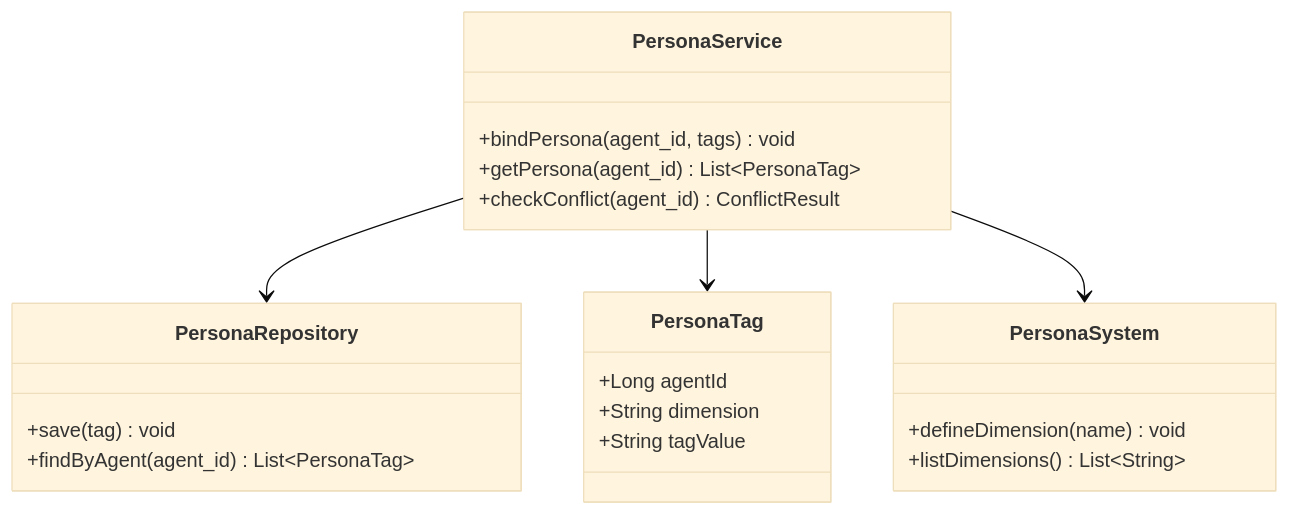
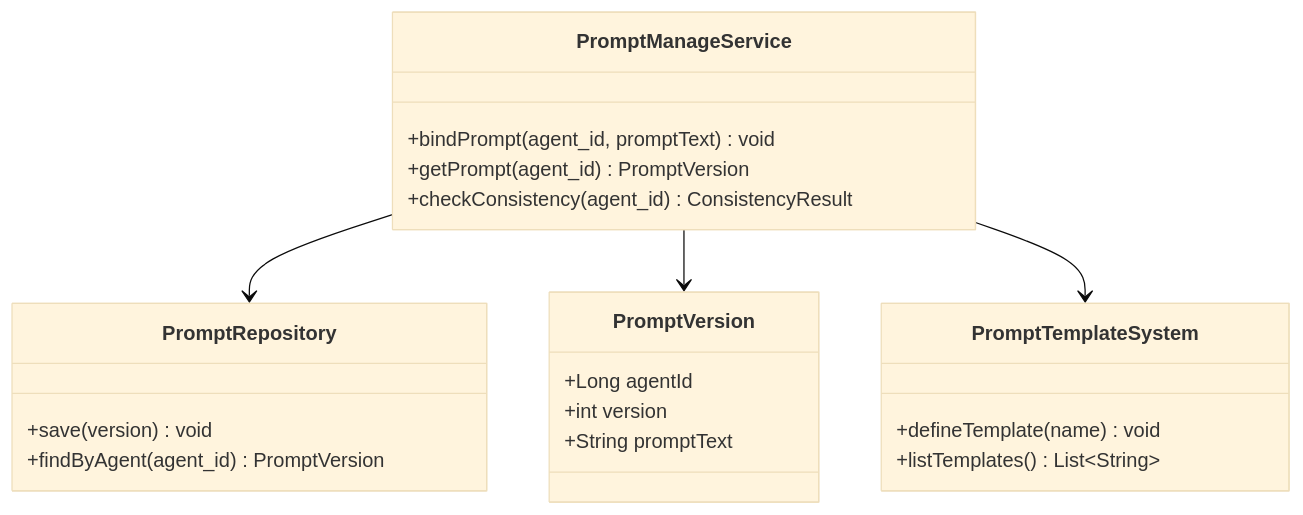
One commit to Sj-g/obsidian changed the third of 11 diagrams in 公司项目/认知作战/文档/软件详细设计说明-SWM子系统.md. Above: the diagram before and after it, drawn with Mermaid (base theme). The commit also changed other lines of this file and 9 other files, not shown here.

````diff
--- a/公司项目/认知作战/文档/软件详细设计说明-SWM子系统.md
+++ b/公司项目/认知作战/文档/软件详细设计说明-SWM子系统.md
@@ -282,24 +269,24 @@
 ```mermaid
 classDiagram
-    class PersonaService {
-        +bindPersona(agent_id, tags) void
-        +getPersona(agent_id) List~PersonaTag~
-        +checkConflict(agent_id) ConflictResult
+    class PromptManageService {
+        +bindPrompt(agent_id, promptText) void
+        +getPrompt(agent_id) PromptVersion
+        +checkConsistency(agent_id) ConsistencyResult
     }
-    class PersonaTag {
+    class PromptVersion {
         +Long agentId
-        +String dimension
-        +String tagValue
+        +int version
+        +String promptText
     }
-    class PersonaSystem {
-        +defineDimension(name) void
-        +listDimensions() List~String~
+    class PromptTemplateSystem {
+        +defineTemplate(name) void
+        +listTemplates() List~String~
     }
-    class PersonaRepository {
-        +save(tag) void
-        +findByAgent(agent_id) List~PersonaTag~
+    class PromptRepository {
+        +save(version) void
+        +findByAgent(agent_id) PromptVersion
     }
-    PersonaService --> PersonaRepository
-    PersonaService --> PersonaTag
-    PersonaService --> PersonaSystem
+    PromptManageService --> PromptRepository
+    PromptManageService --> PromptVersion
+    PromptManageService --> PromptTemplateSystem
 ```
````
